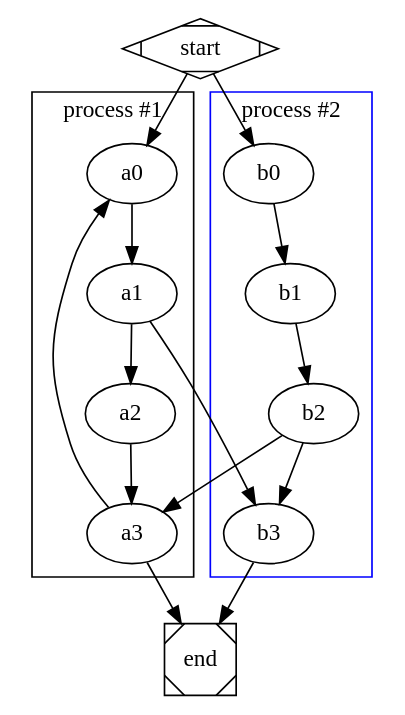
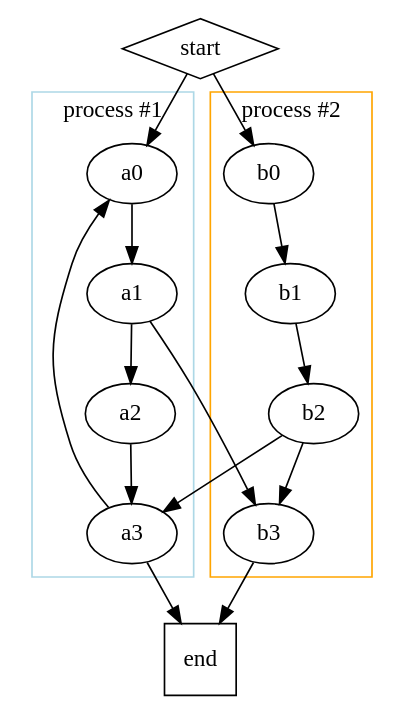
One commit to observablehq/framework changed the fourth of 4 diagrams in docs/lib/dot.md. Above: the diagram before and after it, drawn with Graphviz. The commit also changed 10 other files, not shown here.

````diff
--- a/docs/lib/dot.md
+++ b/docs/lib/dot.md
@@ -39,22 +39,23 @@
 ```dot echo
 digraph G {
   subgraph cluster_0 {
     a0 -> a1 -> a2 -> a3
     label = "process #1"
+    color = lightblue
   }
   subgraph cluster_1 {
     b0 -> b1 -> b2 -> b3
     label = "process #2"
-    color = blue
+    color = orange
   }
   start -> a0
   start -> b0
   a1 -> b3
   b2 -> a3
   a3 -> a0
   a3 -> end
   b3 -> end
-  start [shape = Mdiamond]
-  end [shape = Msquare]
+  start [shape = diamond]
+  end [shape = square]
 }
 ```
````
